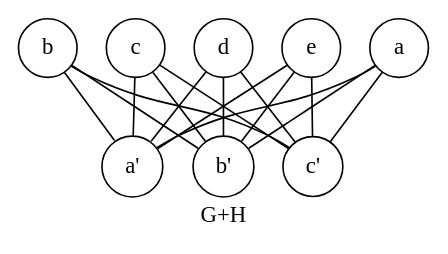
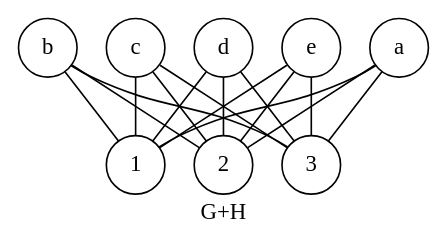
Before and after one commit to h4tguy/gt-hons: the diagram in tut1/115/115bGH.dot, drawn with Graphviz. The commit also changed 15 other files, not shown here.

Commit message:
more consistent graph labelling

```diff
--- a/tut1/115/115bGH.dot
+++ b/tut1/115/115bGH.dot
@@ -1,25 +1,25 @@
 graph GH {
     splines=true
     overlap=false
     edge [len=2]
     node [shape=circle]
     label="G+H"
-    a -- "a'"
-    a -- "b'"
-    a -- "c'"
-    b -- "a'"
-    b -- "b'"
-    b -- "c'"
-    c -- "a'"
-    c -- "b'"
-    c -- "c'"
-    d -- "a'"
-    d -- "b'"
-    d -- "c'"
-    e -- "a'"
-    e -- "b'"
-    e -- "c'"
-    "a'"
-    "b'"
-    "c'"
+    a -- "1"
+    a -- "2"
+    a -- "3"
+    b -- "1"
+    b -- "2"
+    b -- "3"
+    c -- "1"
+    c -- "2"
+    c -- "3"
+    d -- "1"
+    d -- "2"
+    d -- "3"
+    e -- "1"
+    e -- "2"
+    e -- "3"
+    "1"
+    "2"
+    "3"
 }
```
